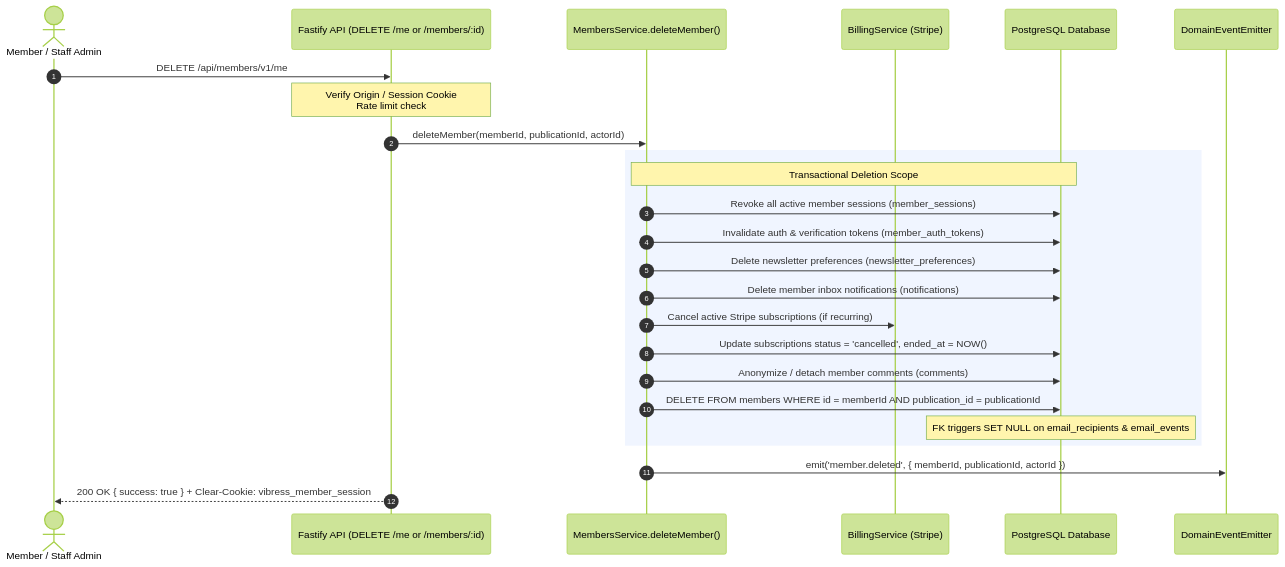
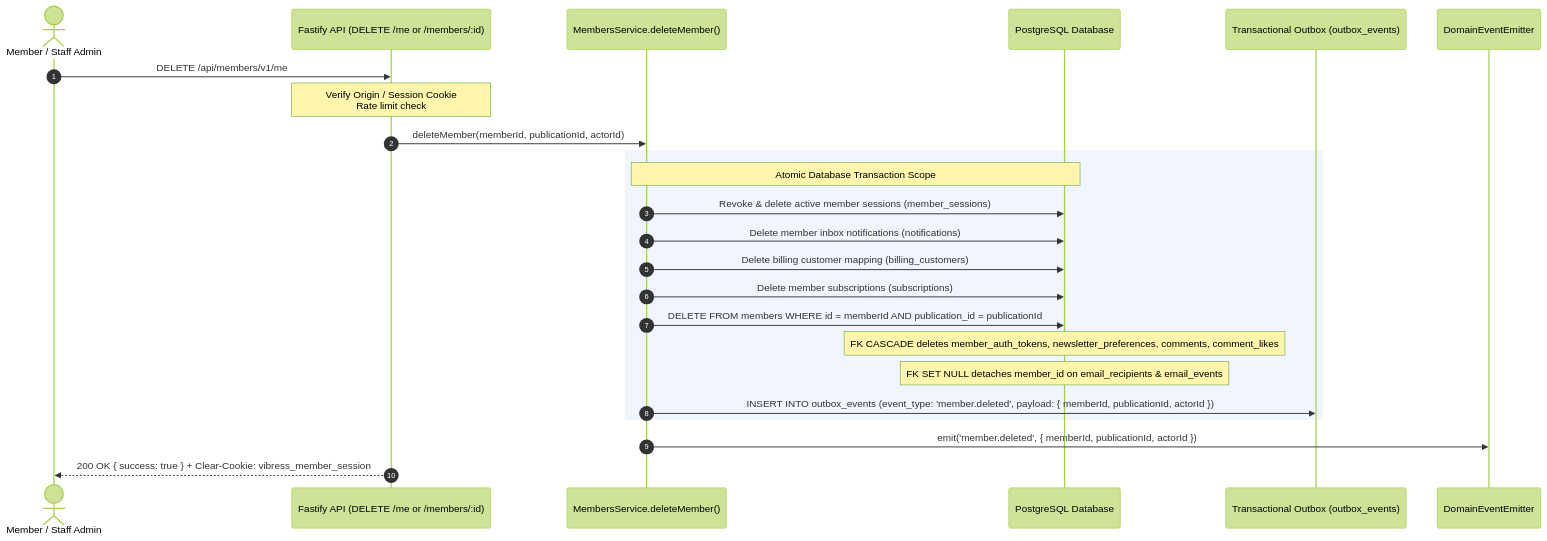
One commit to AbdullahZaher/vibress changed the diagram in VIBRESS_MEMBER_DATA_RETENTION_MATRIX.md. Above: the diagram before and after it, drawn with Mermaid (forest theme). The commit also changed other lines of this file and 2 other files, not shown here.

Commit message:
security(members): harden deletion billing consistency, durable outbox, and retention reconciliation

````diff
--- a/VIBRESS_MEMBER_DATA_RETENTION_MATRIX.md
+++ b/VIBRESS_MEMBER_DATA_RETENTION_MATRIX.md
@@ -28,30 +31,29 @@
 ```mermaid
 sequenceDiagram
     autonumber
     actor Member as Member / Staff Admin
     participant API as Fastify API (DELETE /me or /members/:id)
     participant Svc as MembersService.deleteMember()
-    participant Billing as BillingService (Stripe)
     participant DB as PostgreSQL Database
+    participant Outbox as Transactional Outbox (outbox_events)
     participant Events as DomainEventEmitter
 
     Member->>API: DELETE /api/members/v1/me
     Note over API: Verify Origin / Session Cookie<br/>Rate limit check
     API->>Svc: deleteMember(memberId, publicationId, actorId)
     
     rect rgb(240, 245, 255)
-        Note over Svc,DB: Transactional Deletion Scope
-        Svc->>DB: Revoke all active member sessions (member_sessions)
-        Svc->>DB: Invalidate auth & verification tokens (member_auth_tokens)
-        Svc->>DB: Delete newsletter preferences (newsletter_preferences)
+        Note over Svc,DB: Atomic Database Transaction Scope
+        Svc->>DB: Revoke & delete active member sessions (member_sessions)
         Svc->>DB: Delete member inbox notifications (notifications)
-        Svc->>Billing: Cancel active Stripe subscriptions (if recurring)
-        Svc->>DB: Update subscriptions status = 'cancelled', ended_at = NOW()
-        Svc->>DB: Anonymize / detach member comments (comments)
+        Svc->>DB: Delete billing customer mapping (billing_customers)
+        Svc->>DB: Delete member subscriptions (subscriptions)
         Svc->>DB: DELETE FROM members WHERE id = memberId AND publication_id = publicationId
-        Note over DB: FK triggers SET NULL on email_recipients & email_events
+        Note over DB: FK CASCADE deletes member_auth_tokens, newsletter_preferences, comments, comment_likes
+        Note over DB: FK SET NULL detaches member_id on email_recipients & email_events
+        Svc->>Outbox: INSERT INTO outbox_events (event_type: 'member.deleted', payload: { memberId, publicationId, actorId })
     end
 
     Svc->>Events: emit('member.deleted', { memberId, publicationId, actorId })
     API-->>Member: 200 OK { success: true } + Clear-Cookie: vibress_member_session
 ```
````
